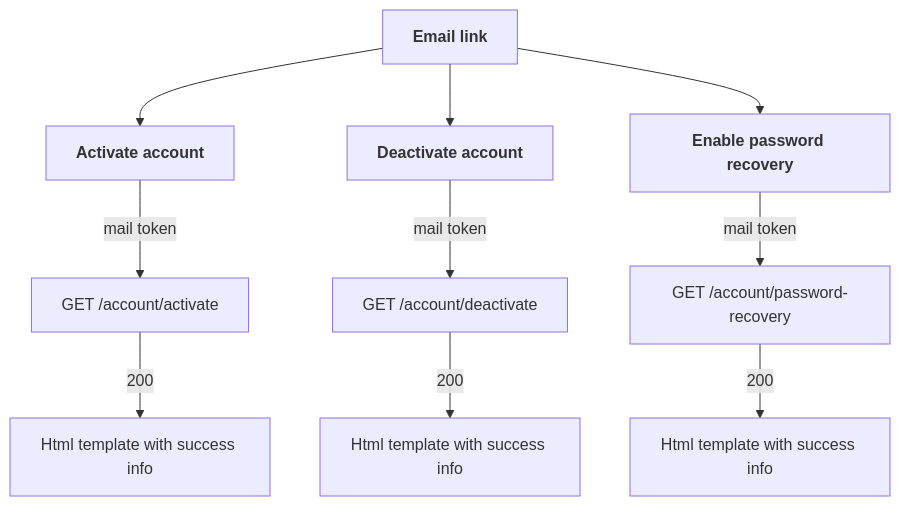
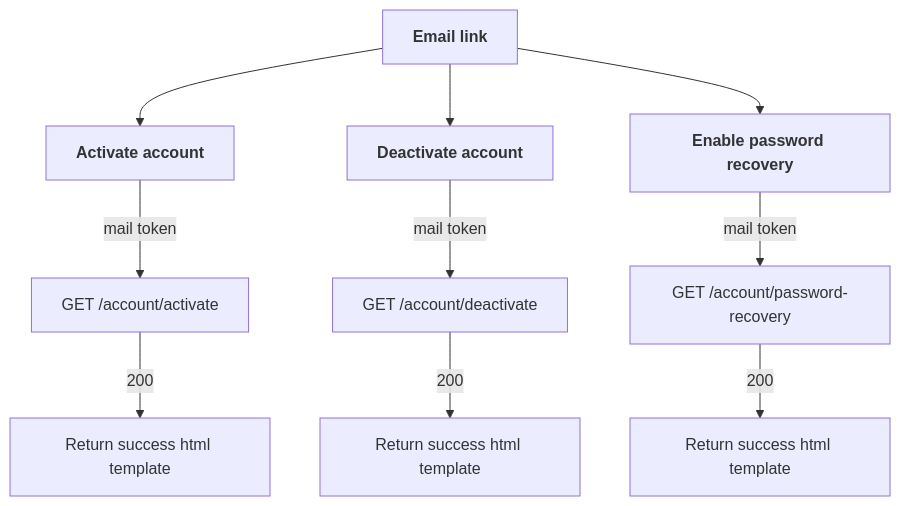
Before and after one commit to Karmello/ask-the-world-api: the second of 12 diagrams in README.md, drawn with Mermaid.

````diff
--- a/README.md
+++ b/README.md
@@ -36,7 +36,7 @@
 ```mermaid
 flowchart
 ROOT[<b>Email link</b>]
-ROOT --> A1[<b>Activate account</b>] --> |mail token|A2[GET /account/activate] --> |200|A3[Html template with success info]
-ROOT --> B1[<b>Deactivate account</b>] --> |mail token|B2[GET /account/deactivate] --> |200|B3[Html template with success info]
-ROOT --> C1[<b>Enable password recovery</b>] --> |mail token|C2[GET /account/password-recovery] --> |200|C3[Html template with success info]
+ROOT --> A1[<b>Activate account</b>] --> |mail token|A2[GET /account/activate] --> |200|A3[Return success html template]
+ROOT --> B1[<b>Deactivate account</b>] --> |mail token|B2[GET /account/deactivate] --> |200|B3[Return success html template]
+ROOT --> C1[<b>Enable password recovery</b>] --> |mail token|C2[GET /account/password-recovery] --> |200|C3[Return success html template]
 ```
````
